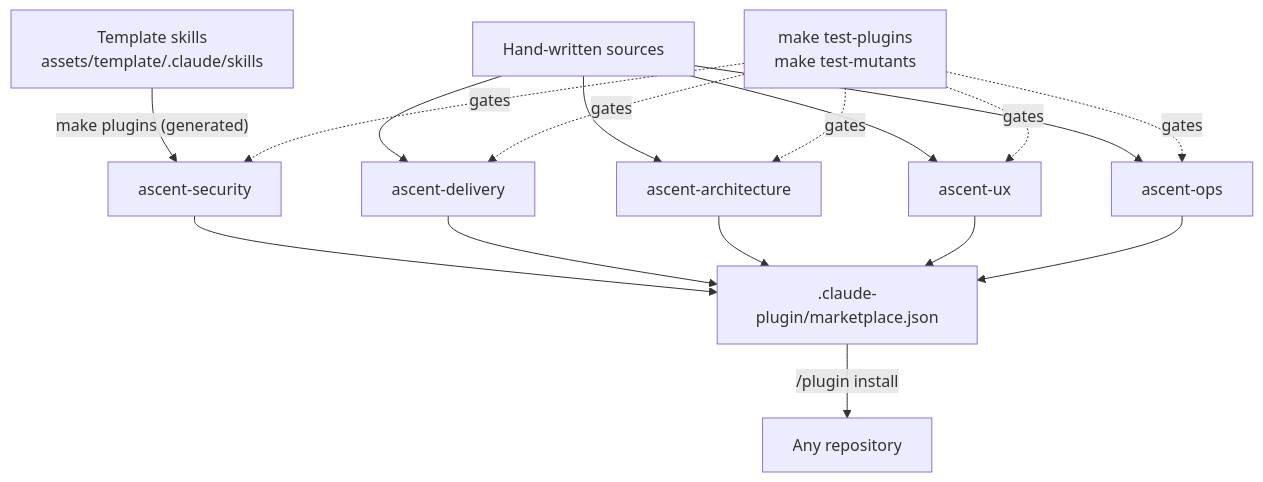
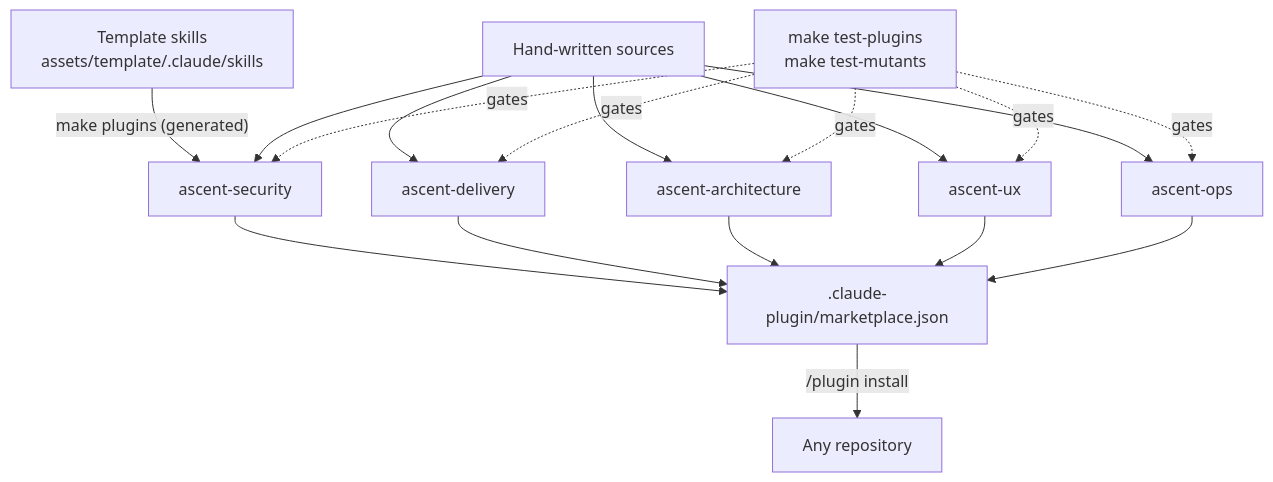
One commit to lloydbrian/lloydbriantech-ascent changed the diagram in docs/framework/ARCHITECTURE.md. Above: the diagram before and after it, drawn with Mermaid. The commit also changed other lines of this file and 62 other files, not shown here.

````diff
--- a/docs/framework/ARCHITECTURE.md
+++ b/docs/framework/ARCHITECTURE.md
@@ -152,11 +152,12 @@
 ```mermaid
 flowchart TB
     T["Template skills<br/>assets/template/.claude/skills"] -->|"make plugins (generated)"| SEC["ascent-security"]
-    H["Hand-written sources"] --> DEL["ascent-delivery"]
+    H["Hand-written sources"] --> SEC
+    H --> DEL["ascent-delivery"]
     H --> ARC["ascent-architecture"]
     H --> UX["ascent-ux"]
     H --> OPS["ascent-ops"]
     SEC & DEL & ARC & UX & OPS --> M[".claude-plugin/marketplace.json"]
     M -->|"/plugin install"| R["Any repository"]
     G["make test-plugins<br/>make test-mutants"] -. gates .-> SEC & DEL & ARC & UX & OPS
 ```
````
